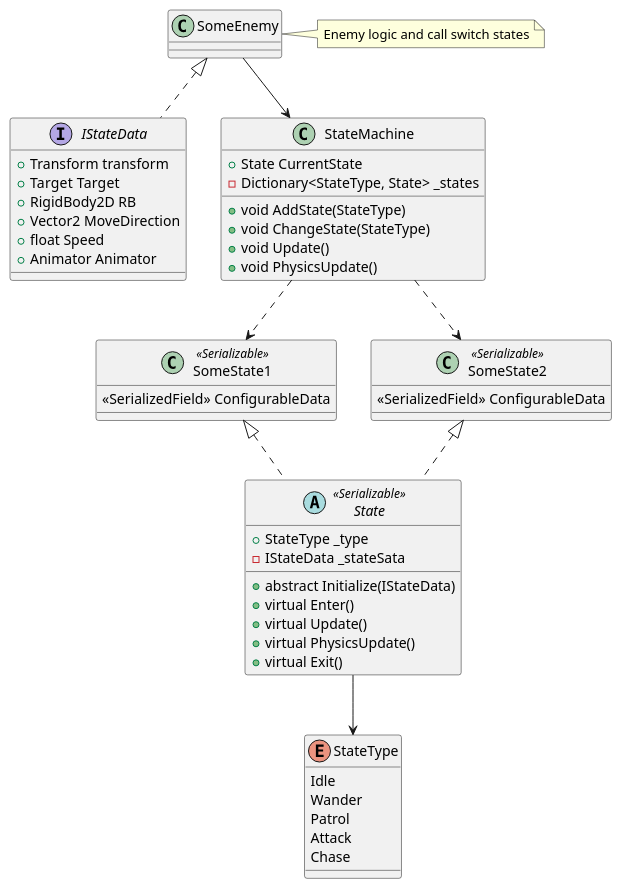
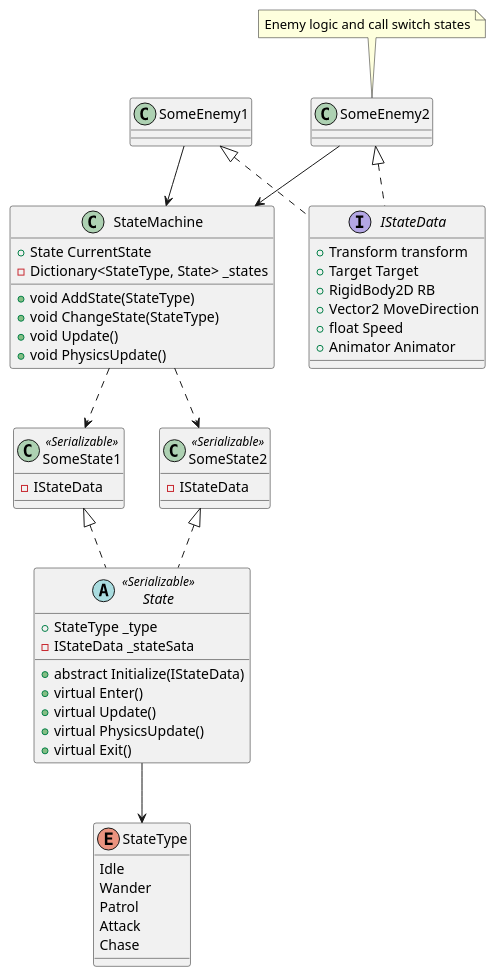
The diagram in Assets/Game/Scripts/EnemyUML.wsd (yaustal666/GameFEFU_2025), drawn with PlantUML before and after one commit. The commit also changed 34 other files, not shown here.

```diff
--- a/Assets/Game/Scripts/EnemyUML.wsd
+++ b/Assets/Game/Scripts/EnemyUML.wsd
@@ -2,59 +2,65 @@
 @startuml Enemy
 
 enum StateType {
     Idle
     Wander
     Patrol
     Attack
     Chase
 }
 
 interface IStateData {
     +Transform transform
     +Target Target
     +RigidBody2D RB
     +Vector2 MoveDirection
     +float Speed
     +Animator Animator
 }
 
 abstract class State <<Serializable>>{
     +StateType _type
     -IStateData _stateSata
     +abstract Initialize(IStateData)
     +virtual Enter() 
     +virtual Update() 
     +virtual PhysicsUpdate() 
     +virtual Exit() 
 }
 State --> StateType
 
 class StateMachine {
     +State CurrentState
     -Dictionary<StateType, State> _states
     +void AddState(StateType)
     +void ChangeState(StateType)
     +void Update()
     +void PhysicsUpdate()
 }
 StateMachine ..> SomeState1
 StateMachine ..> SomeState2
 
 class SomeState1 <<Serializable>> {
-    <<SerializedField>> ConfigurableData 
+    -IStateData
 }
 SomeState1 <|.. State
 
 class SomeState2 <<Serializable>> {
-    <<SerializedField>> ConfigurableData 
+    -IStateData
 }
 SomeState2 <|.. State
 
-class SomeEnemy {
+class SomeEnemy1 {
 
 }
-note right of SomeEnemy : Enemy logic and call switch states
-SomeEnemy --> StateMachine
-SomeEnemy <|.. IStateData
+SomeEnemy1 --> StateMachine
+SomeEnemy1 <|.. IStateData
+
+class SomeEnemy2 {
+
+}
+note top of SomeEnemy2 : Enemy logic and call switch states
+SomeEnemy2 --> StateMachine
+SomeEnemy2 <|.. IStateData
 
 @enduml
```
